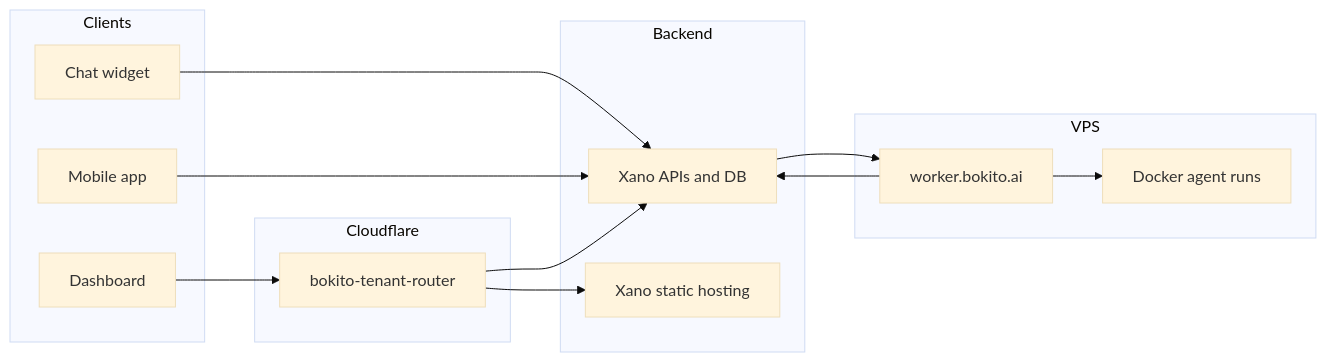
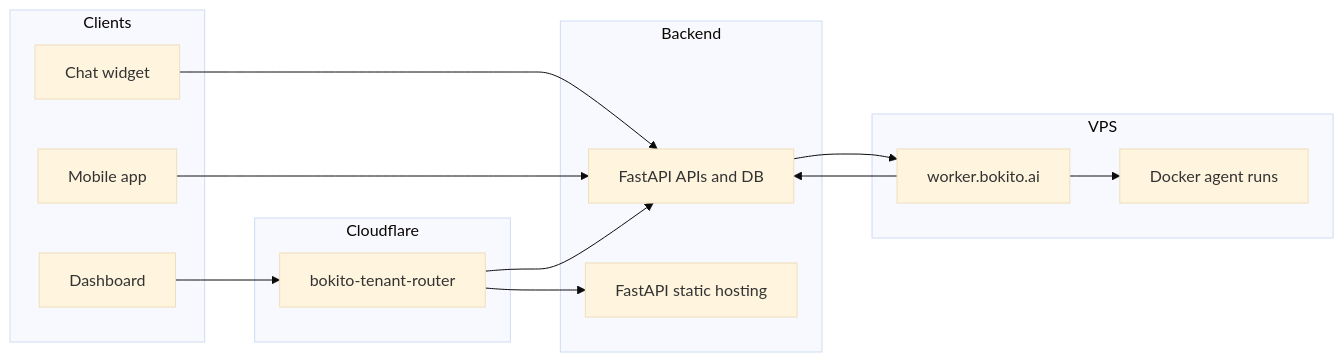
Before and after one commit to LorenzoBoers/BokitoAiV2: the diagram in docs/company/01-platform-overview.md, drawn with Mermaid (base theme). The commit also changed other lines of this file and 176 other files, not shown here.

````diff
--- a/docs/company/01-platform-overview.md
+++ b/docs/company/01-platform-overview.md
@@ -56,27 +56,27 @@
 ```mermaid
 flowchart LR
   subgraph clients [Clients]
     Portal[Dashboard]
     Widget[Chat widget]
     Mobile[Mobile app]
   end
   subgraph edge [Cloudflare]
     Router[bokito-tenant-router]
   end
   subgraph backend [Backend]
-    Xano[Xano APIs and DB]
-    Static[Xano static hosting]
+    FastAPI[FastAPI APIs and DB]
+    Static[FastAPI static hosting]
   end
   subgraph worker [VPS]
     Runtime[worker.bokito.ai]
     Agents[Docker agent runs]
   end
   Portal --> Router
-  Widget --> Xano
-  Mobile --> Xano
+  Widget --> FastAPI
+  Mobile --> FastAPI
   Router --> Static
-  Router --> Xano
-  Xano --> Runtime
+  Router --> FastAPI
+  FastAPI --> Runtime
   Runtime --> Agents
-  Runtime --> Xano
+  Runtime --> FastAPI
 ```
````
